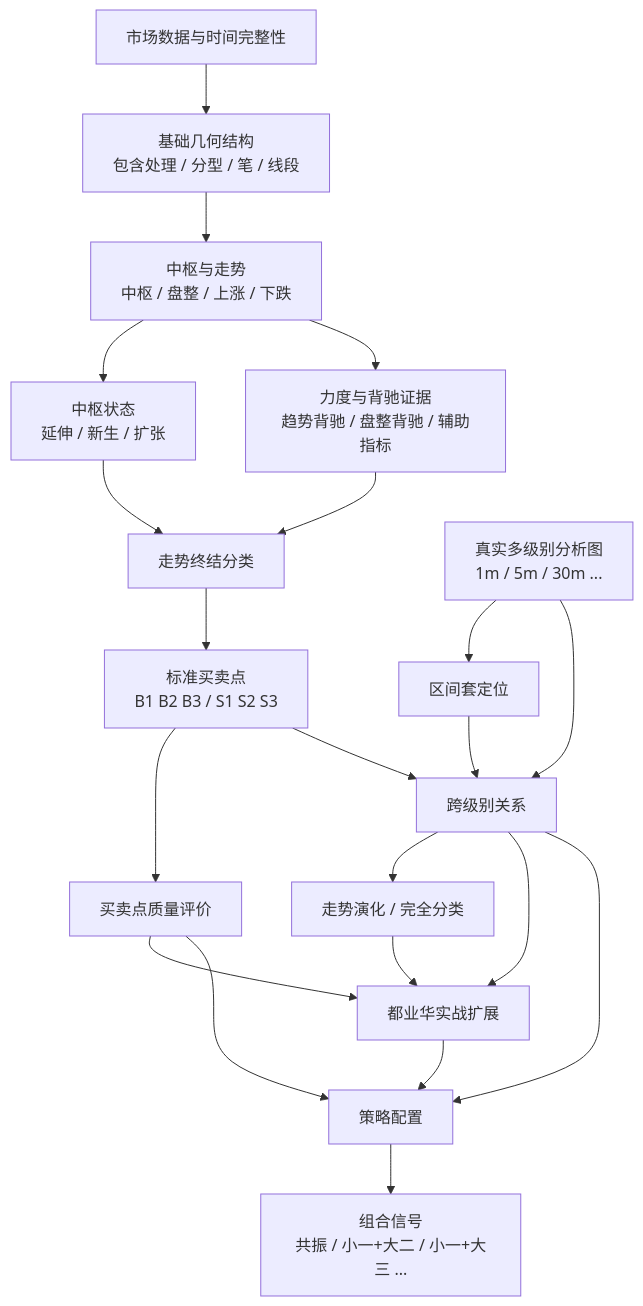
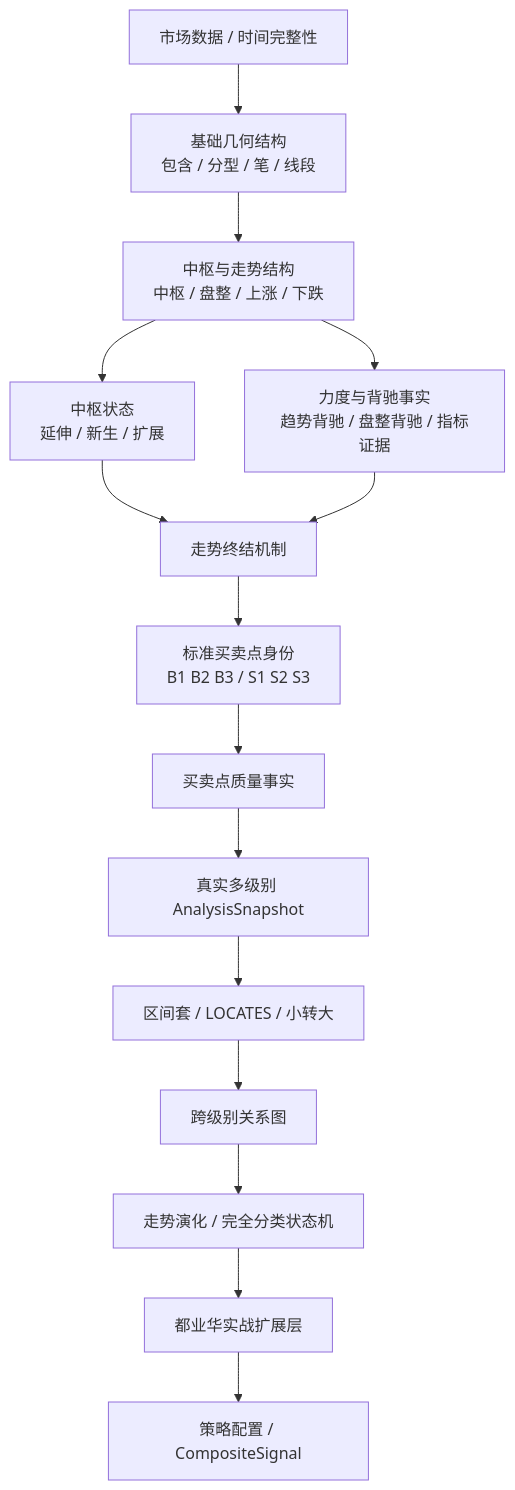
One commit to pyxm1618/chan-new changed the diagram in docs/ARCHITECTURE.md. Above: the diagram before and after it, drawn with Mermaid. The commit also changed other lines of this file, not shown here.

Commit message:
Refine architecture boundaries for trading-point quality and recursion

````diff
--- a/docs/ARCHITECTURE.md
+++ b/docs/ARCHITECTURE.md
@@ -110,26 +176,17 @@
 ```mermaid
 flowchart TD
-    A[市场数据与时间完整性] --> B[基础几何结构\n包含处理 / 分型 / 笔 / 线段]
-    B --> C[中枢与走势\n中枢 / 盘整 / 上涨 / 下跌]
-    C --> D[中枢状态\n延伸 / 新生 / 扩张]
-    C --> E[力度与背驰证据\n趋势背驰 / 盘整背驰 / 辅助指标]
-    D --> F[走势终结分类]
+    A[市场数据 / 时间完整性] --> B[基础几何结构\n包含 / 分型 / 笔 / 线段]
+    B --> C[中枢与走势结构\n中枢 / 盘整 / 上涨 / 下跌]
+    C --> D[中枢状态\n延伸 / 新生 / 扩展]
+    C --> E[力度与背驰事实\n趋势背驰 / 盘整背驰 / 指标证据]
+    D --> F[走势终结机制]
     E --> F
-    F --> G[标准买卖点\nB1 B2 B3 / S1 S2 S3]
-    G --> H[买卖点质量评价]
-
-    I[真实多级别分析图\n1m / 5m / 30m ...] --> J[区间套定位]
-    I --> K[跨级别关系]
-    J --> K
-    G --> K
-
-    K --> L[走势演化 / 完全分类]
-    H --> M[都业华实战扩展]
-    L --> M
-    K --> M
-
-    H --> N[策略配置]
-    M --> N
-    K --> N
-    N --> O[组合信号\n共振 / 小一+大二 / 小一+大三 ...]
+    F --> G[标准买卖点身份\nB1 B2 B3 / S1 S2 S3]
+    G --> H[买卖点质量事实]
+    H --> I[真实多级别 AnalysisSnapshot]
+    I --> J[区间套 / LOCATES / 小转大]
+    J --> K[跨级别关系图]
+    K --> L[走势演化 / 完全分类状态机]
+    L --> M[都业华实战扩展层]
+    M --> N[策略配置 / CompositeSignal]
 ```
````
